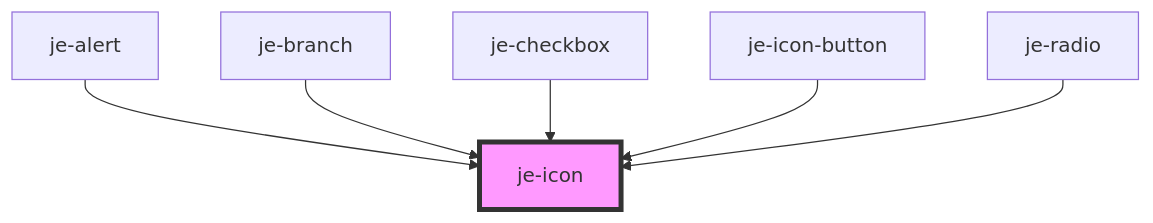
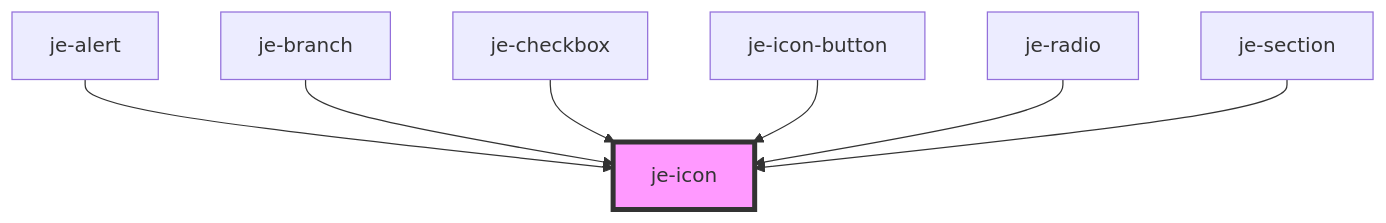
The diagram in packages/docs/docs/components/je-icon/readme.md (pgreen00/jebamo), drawn with Mermaid before and after one commit. The commit also changed other lines of this file and 17 other files, not shown here.

````diff
--- a/packages/docs/docs/components/je-icon/readme.md
+++ b/packages/docs/docs/components/je-icon/readme.md
@@ -29,9 +30,10 @@
 ```mermaid
 graph TD;
   je-alert --> je-icon
   je-branch --> je-icon
   je-checkbox --> je-icon
   je-icon-button --> je-icon
   je-radio --> je-icon
+  je-section --> je-icon
   style je-icon fill:#f9f,stroke:#333,stroke-width:4px
 ```
````
